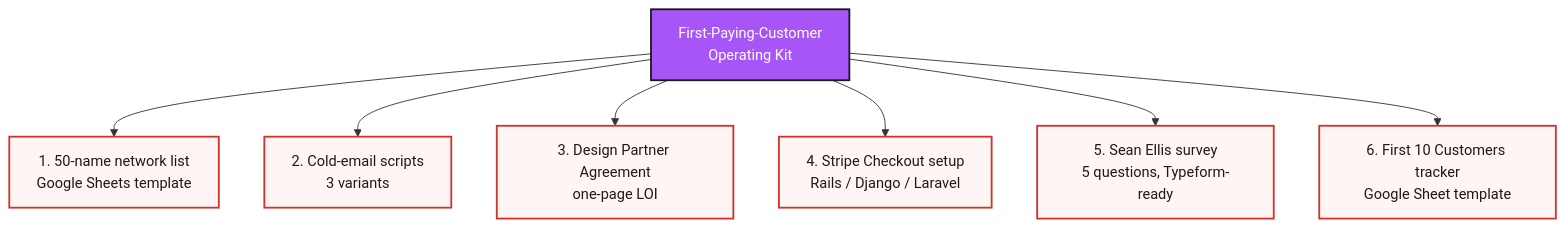
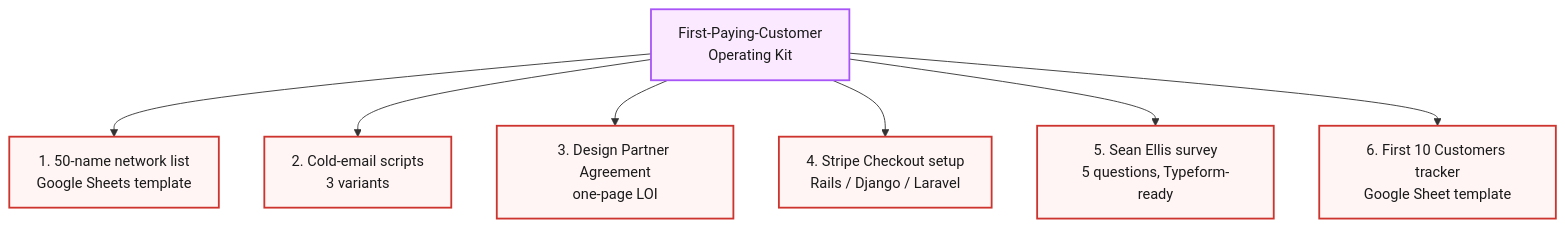
The diagram in content/course/tech-for-non-technical-founders-2026/first-paying-customer-operating-kit/index.md (jetthoughts/jetthoughts.github.io), drawn with Mermaid before and after one commit. The commit also changed other lines of this file and 27 other files, not shown here.

First line of the commit message:
fix(course): M5 design wave - Caveat webfont root-cause fix, semantic recolors, diagram + template alignment

````diff
--- a/content/course/tech-for-non-technical-founders-2026/first-paying-customer-operating-kit/index.md
+++ b/content/course/tech-for-non-technical-founders-2026/first-paying-customer-operating-kit/index.md
@@ -47,15 +47,15 @@
 ```mermaid
-%%{init: {'theme':'base', 'themeVariables': {'fontFamily':'Caveat, Patrick Hand, cursive', 'primaryColor':'#fff5f5', 'primaryBorderColor':'#cc342d', 'lineColor':'#333', 'primaryTextColor':'#1a1a1a'}}}%%
+%%{init: {'theme':'base', 'themeVariables': {'fontFamily':'Caveat, Patrick Hand, Comic Sans MS, cursive', 'primaryColor':'#fff5f5', 'primaryBorderColor':'#cc342d', 'lineColor':'#333', 'primaryTextColor':'#1a1a1a'}}}%%
 flowchart TB
     Kit[First-Paying-Customer<br/>Operating Kit]
     Kit --> T1[1. 50-name network list<br/>Google Sheets template]
     Kit --> T2[2. Cold-email scripts<br/>3 variants]
     Kit --> T3[3. Design Partner Agreement<br/>one-page LOI]
     Kit --> T4[4. Stripe Checkout setup<br/>Rails / Django / Laravel]
     Kit --> T5[5. Sean Ellis survey<br/>5 questions, Typeform-ready]
     Kit --> T6[6. First 10 Customers tracker<br/>Google Sheet template]
-    classDef kitstyle fill:#a855f7,stroke:#1a1a1a,stroke-width:2px,color:#fff;
+    classDef kitstyle fill:#fbe9ff,stroke:#a855f7,stroke-width:2px,color:#1a1a1a;
     classDef compstyle fill:#fff5f5,stroke:#cc342d,stroke-width:2px;
     class Kit kitstyle;
     class T1,T2,T3,T4,T5,T6 compstyle;
 ```
````
